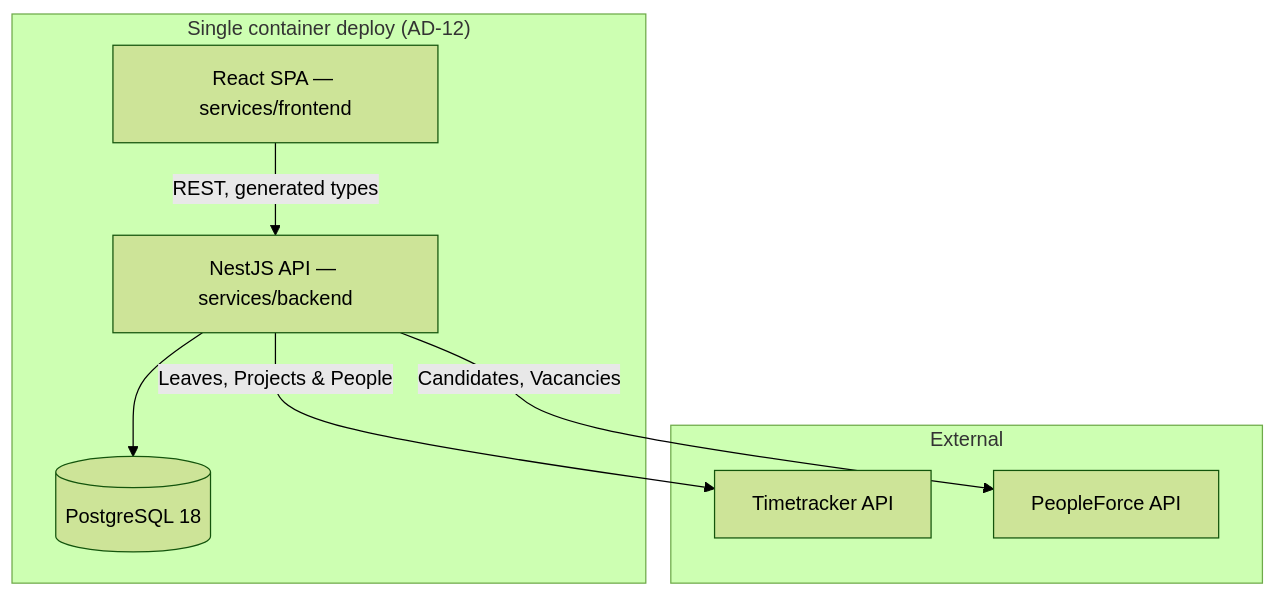
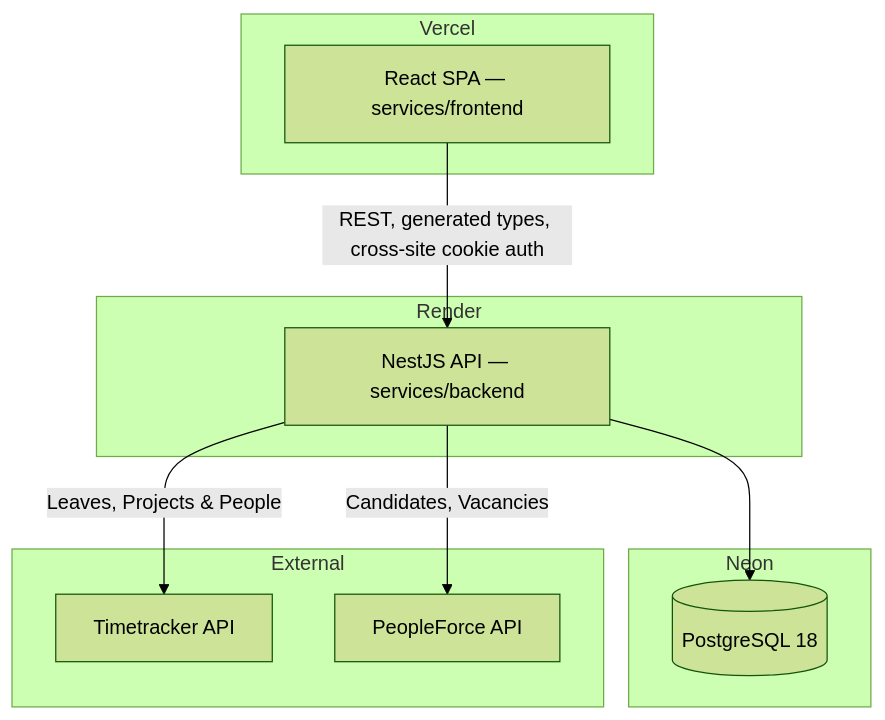
Before and after one commit to Yurii-Lysak/Unsloppers-WS: the fifth of 6 diagrams in _bmad-output/planning-artifacts/architecture/architecture-people-management-2026-08-21/ARCHITECTURE-SPINE.md, drawn with Mermaid (forest theme). The commit also changed other lines of this file and 4 other files, not shown here.

First line of the commit message:
docs: close Story 1.17 — supersede AD-12 with the actual Vercel/Render/Neon deploy

````diff
--- a/_bmad-output/planning-artifacts/architecture/architecture-people-management-2026-08-21/ARCHITECTURE-SPINE.md
+++ b/_bmad-output/planning-artifacts/architecture/architecture-people-management-2026-08-21/ARCHITECTURE-SPINE.md
@@ -291,16 +292,20 @@
 ```mermaid
 graph TB
-  subgraph "Single container deploy (AD-12)"
+  subgraph "Vercel"
     FE[React SPA — services/frontend]
+  end
+  subgraph "Render"
     BE[NestJS API — services/backend]
+  end
+  subgraph "Neon"
     PG[(PostgreSQL 18)]
   end
   subgraph External
     TT[Timetracker API]
     PF[PeopleForce API]
   end
-  FE -->|REST, generated types| BE
+  FE -->|REST, generated types, cross-site cookie auth| BE
   BE --> PG
   BE -->|Leaves, Projects & People| TT
   BE -->|Candidates, Vacancies| PF
 ```
````
